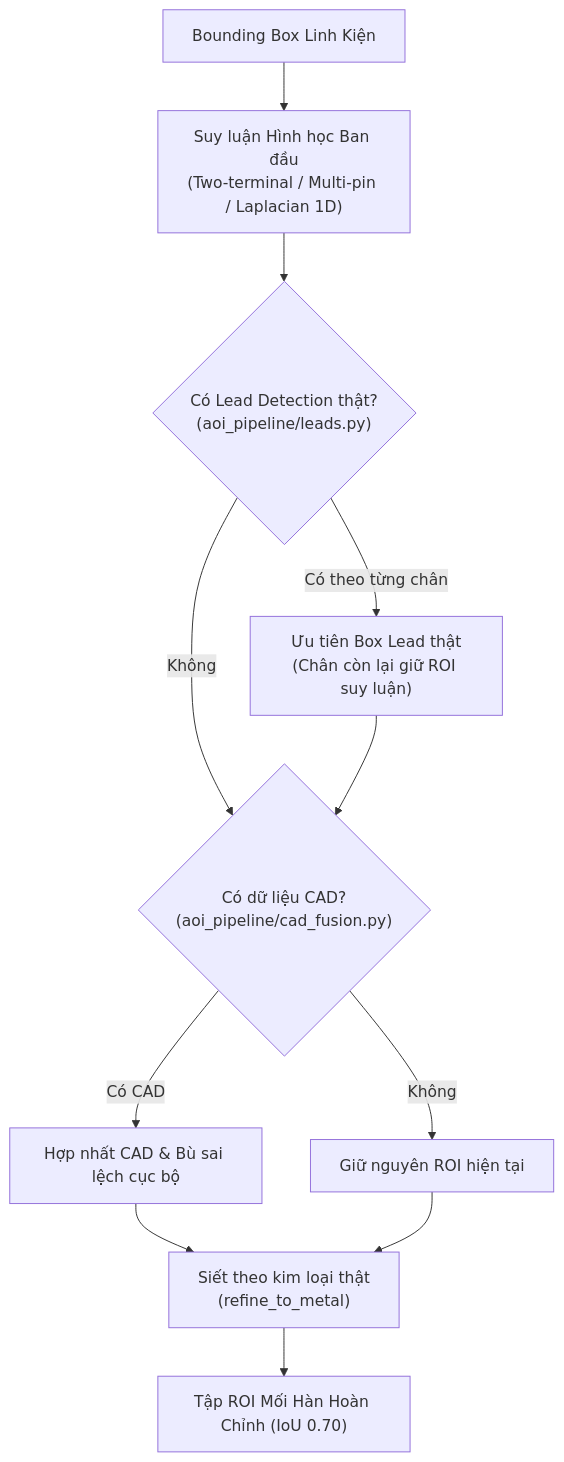
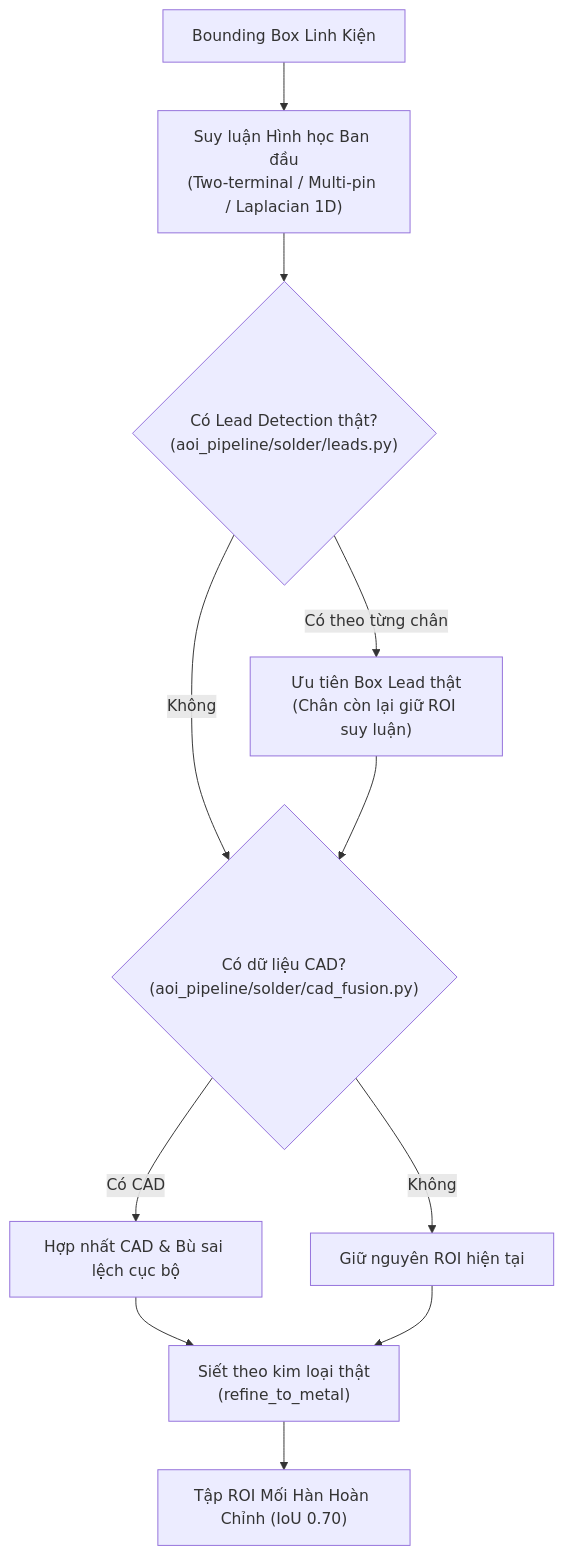
One commit to 23120340/Automated_Optical_Inspection_PCB changed the third of 6 diagrams in Docs/bao_cao_du_an.md. Above: the diagram before and after it, drawn with Mermaid. The commit also changed other lines of this file and 56 other files, not shown here.

First line of the commit message:
refactor: nhóm aoi_pipeline theo bước pipeline

````diff
--- a/Docs/bao_cao_du_an.md
+++ b/Docs/bao_cao_du_an.md
@@ -123,13 +123,13 @@
 ```mermaid
 flowchart TD
     A["Bounding Box Linh Kiện"] --> B["Suy luận Hình học Ban đầu<br/>(Two-terminal / Multi-pin / Laplacian 1D)"]
-    B --> C{"Có Lead Detection thật?<br/>(aoi_pipeline/leads.py)"}
+    B --> C{"Có Lead Detection thật?<br/>(aoi_pipeline/solder/leads.py)"}
     C -- "Có theo từng chân" --> D["Ưu tiên Box Lead thật<br/>(Chân còn lại giữ ROI suy luận)"]
-    C -- "Không" --> E{"Có dữ liệu CAD?<br/>(aoi_pipeline/cad_fusion.py)"}
+    C -- "Không" --> E{"Có dữ liệu CAD?<br/>(aoi_pipeline/solder/cad_fusion.py)"}
     D --> E
     E -- "Có CAD" --> F["Hợp nhất CAD & Bù sai lệch cục bộ"]
     E -- "Không" --> G["Giữ nguyên ROI hiện tại"]
     F --> H["Siết theo kim loại thật<br/>(refine_to_metal)"]
     G --> H
     H --> I["Tập ROI Mối Hàn Hoàn Chỉnh (IoU 0.70)"]
 ```
````
